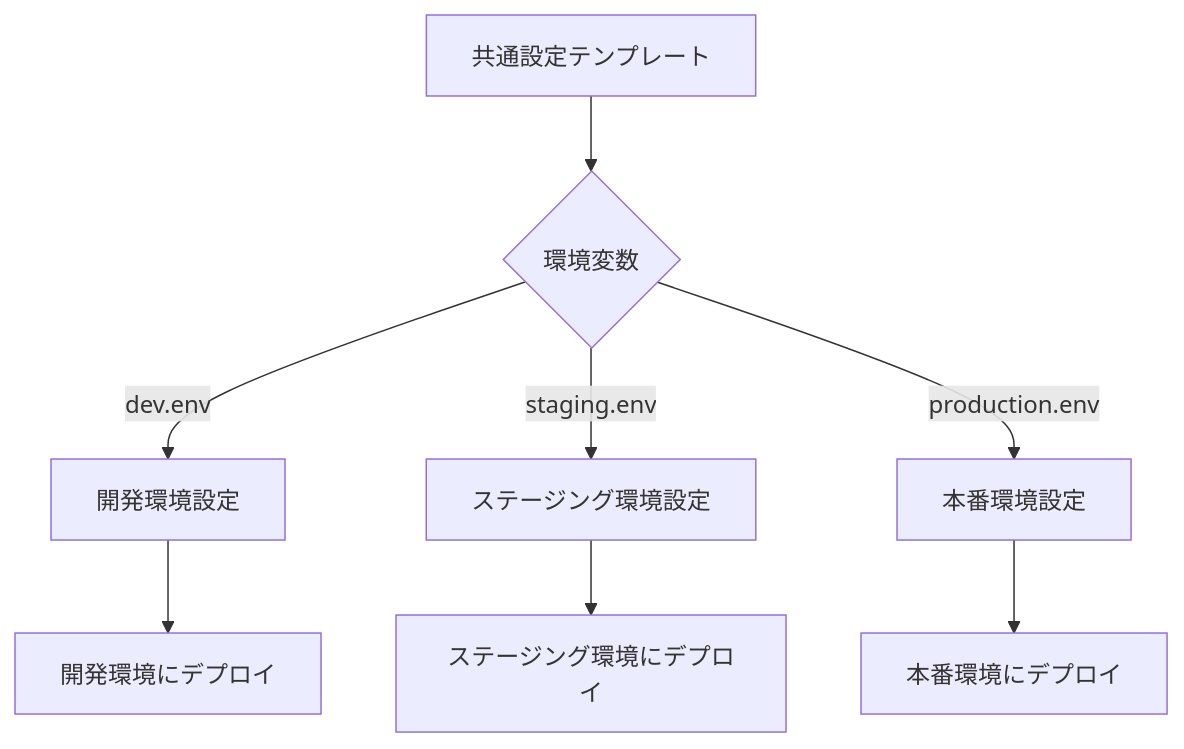
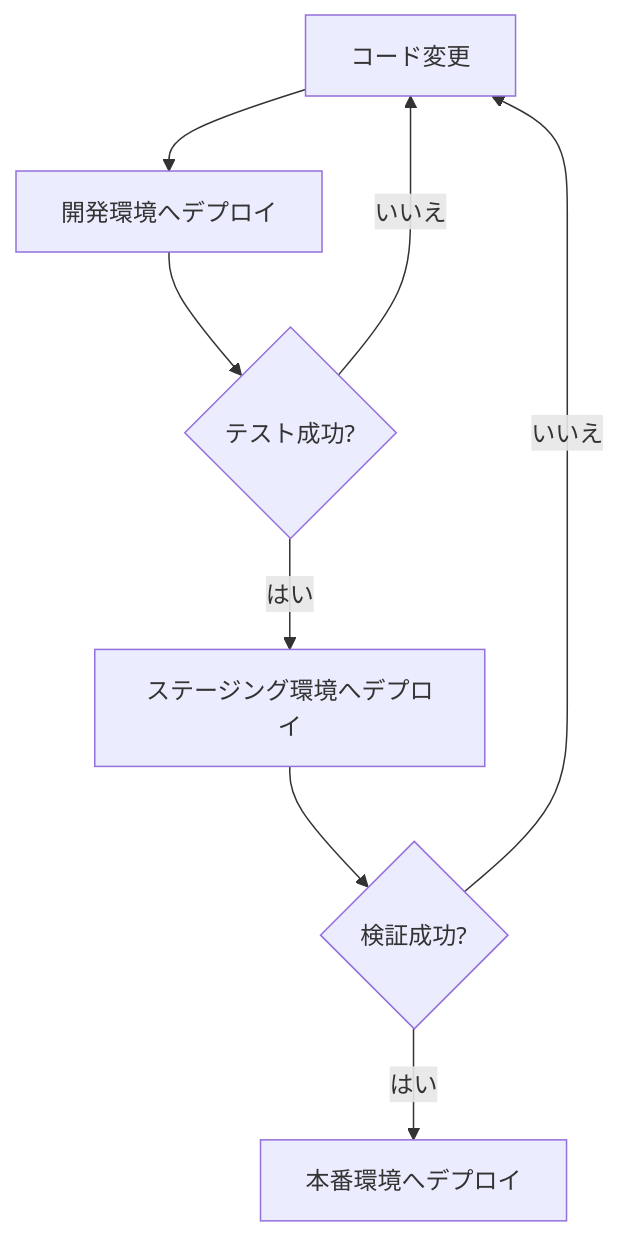
One commit to bufferings/devin-docs changed the diagram in ecspresso/practical/multi-env.md. Above: the diagram before and after it, drawn with Mermaid. The commit also changed other lines of this file and 31 other files, not shown here.

````diff
--- a/ecspresso/practical/multi-env.md
+++ b/ecspresso/practical/multi-env.md
@@ -77,10 +89,10 @@
 ```mermaid
 graph TD
-    A[共通設定テンプレート] --> B{環境変数}
-    B -->|dev.env| C[開発環境設定]
-    B -->|staging.env| D[ステージング環境設定]
-    B -->|production.env| E[本番環境設定]
-    C --> F[開発環境にデプロイ]
-    D --> G[ステージング環境にデプロイ]
-    E --> H[本番環境にデプロイ]
+  A[コード変更] --> B[開発環境へデプロイ]
+  B --> C{テスト成功?}
+  C -->|はい| D[ステージング環境へデプロイ]
+  C -->|いいえ| A
+  D --> E{検証成功?}
+  E -->|はい| F[本番環境へデプロイ]
+  E -->|いいえ| A
 ```
````
